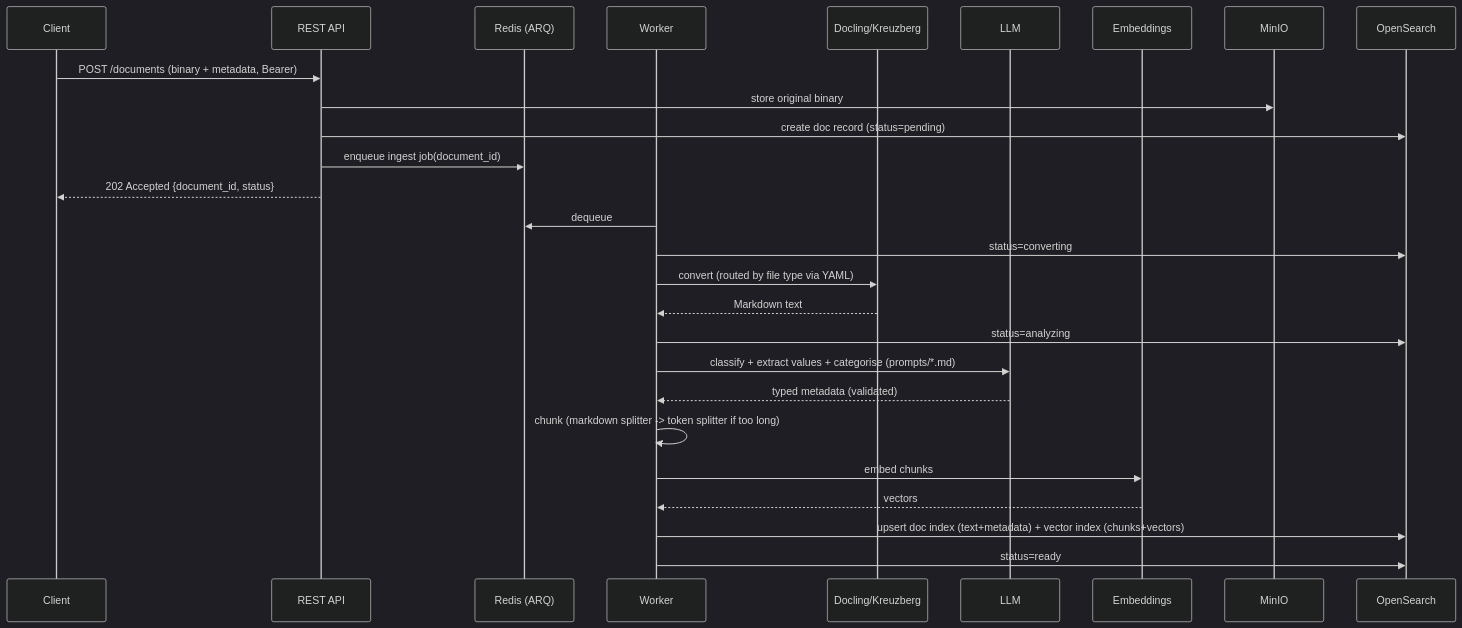
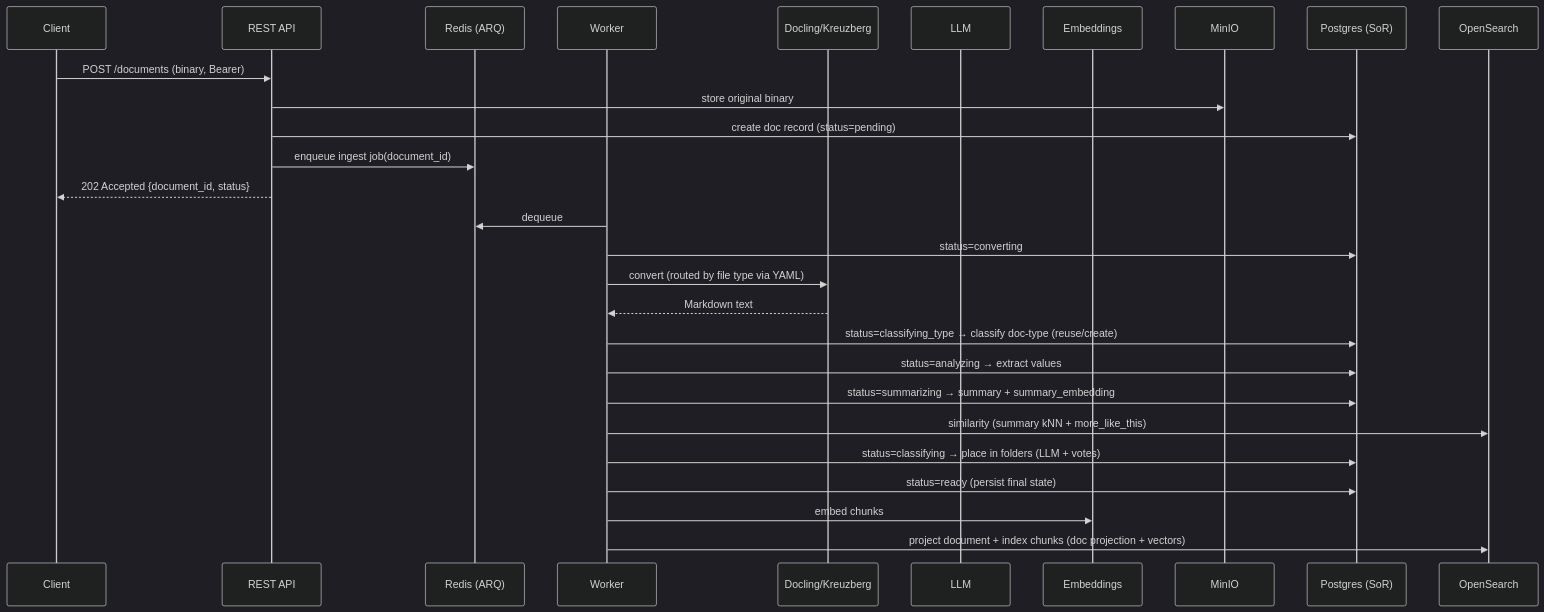
The second of 2 diagrams in docs/requirements/03-architecture.md (mlauf-labs/saga-core), drawn with Mermaid (dark theme) before and after one commit. The commit also changed other lines of this file and 246 other files, not shown here.

````diff
--- a/docs/requirements/03-architecture.md
+++ b/docs/requirements/03-architecture.md
@@ -52,30 +65,31 @@
 ```mermaid
 sequenceDiagram
     participant C as Client
     participant A as REST API
     participant R as Redis (ARQ)
     participant W as Worker
     participant CV as Docling/Kreuzberg
     participant L as LLM
     participant E as Embeddings
     participant M as MinIO
+    participant P as Postgres (SoR)
     participant O as OpenSearch
 
-    C->>A: POST /documents (binary + metadata, Bearer)
+    C->>A: POST /documents (binary, Bearer)
     A->>M: store original binary
-    A->>O: create doc record (status=pending)
+    A->>P: create doc record (status=pending)
     A->>R: enqueue ingest job(document_id)
     A-->>C: 202 Accepted {document_id, status}
     W->>R: dequeue
-    W->>O: status=converting
+    W->>P: status=converting
     W->>CV: convert (routed by file type via YAML)
     CV-->>W: Markdown text
-    W->>O: status=analyzing
-    W->>L: classify + extract values + categorise (prompts/*.md)
-    L-->>W: typed metadata (validated)
-    W->>W: chunk (markdown splitter -> token splitter if too long)
+    W->>P: status=classifying_type → classify doc-type (reuse/create)
+    W->>P: status=analyzing → extract values
+    W->>P: status=summarizing → summary + summary_embedding
+    W->>O: similarity (summary kNN + more_like_this)
+    W->>P: status=classifying → place in folders (LLM + votes)
+    W->>P: status=ready (persist final state)
     W->>E: embed chunks
-    E-->>W: vectors
-    W->>O: upsert doc index (text+metadata) + vector index (chunks+vectors)
-    W->>O: status=ready
+    W->>O: project document + index chunks (doc projection + vectors)
 ```
````
